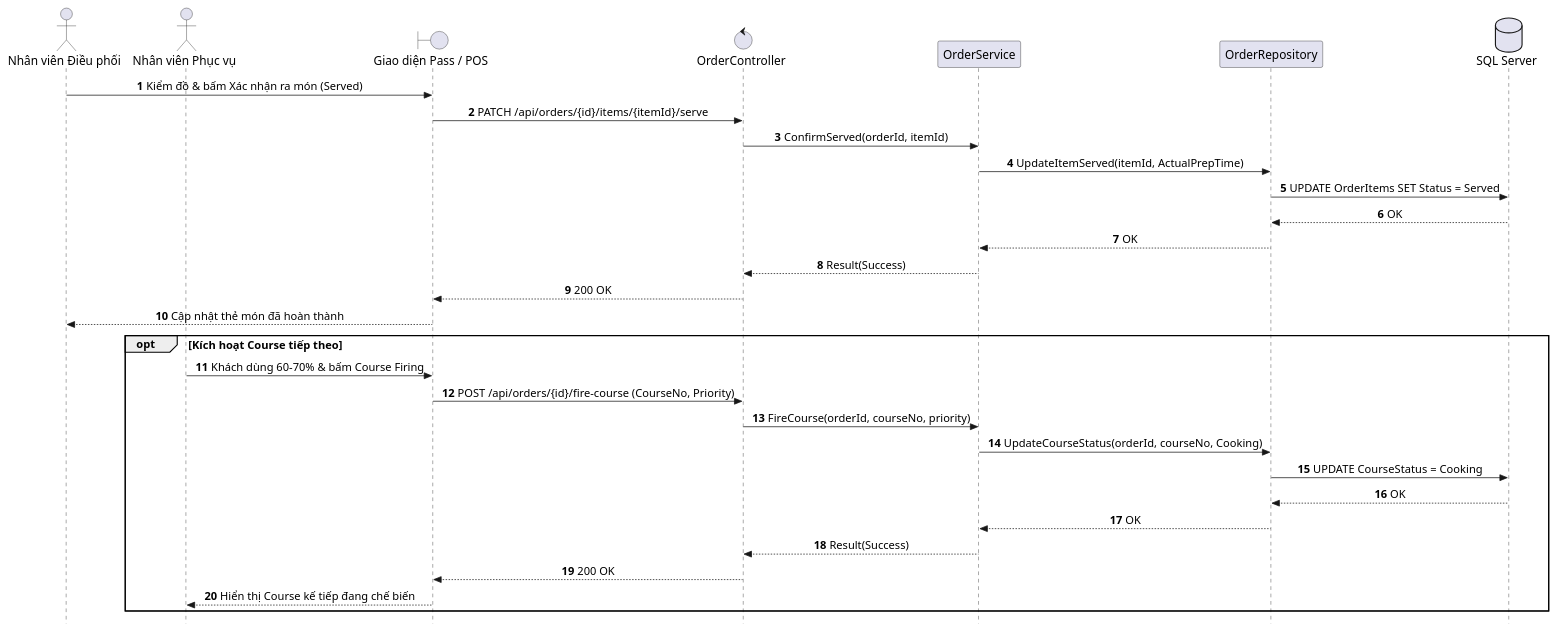
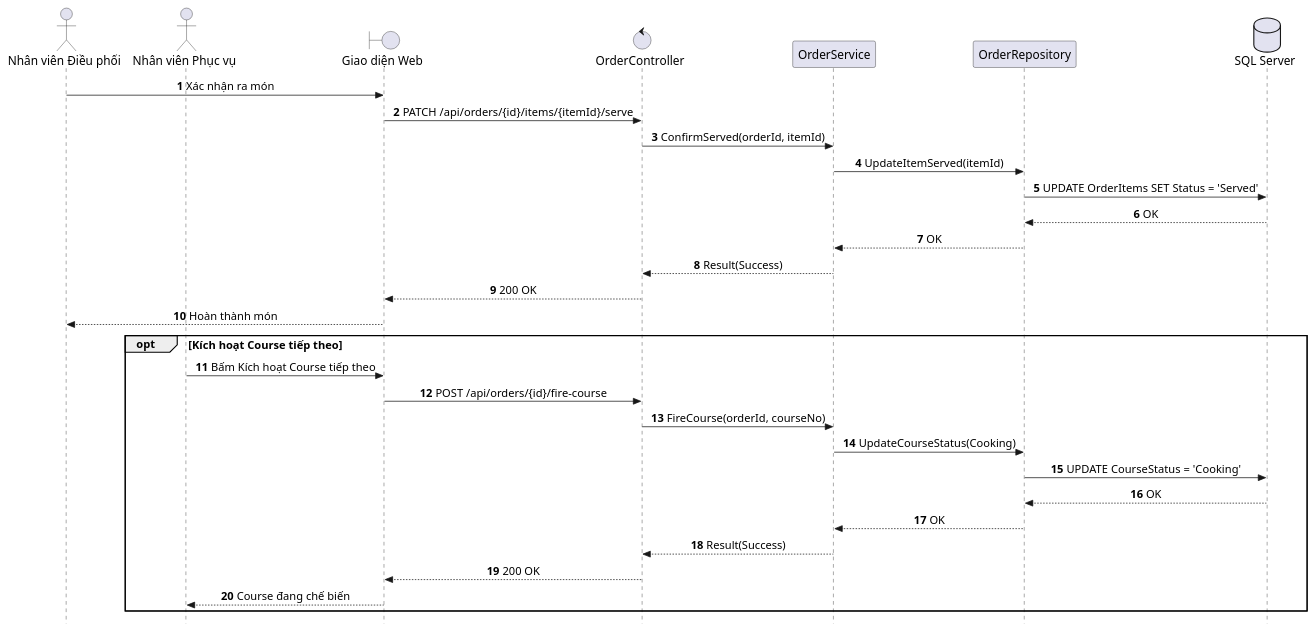
Before and after one commit to AndrewQng/VinDining: the diagram in docs/use-cases/UC-E2_Kiem_Do_Pass_Va_Ra_Mon.md, drawn with PlantUML. The commit also changed other lines of this file and 87 other files, not shown here.

Commit message:
docs: add phase 1 use case specifications, sequence diagrams, and architecture diagrams

````diff
--- a/docs/use-cases/UC-E2_Kiem_Do_Pass_Va_Ra_Mon.md
+++ b/docs/use-cases/UC-E2_Kiem_Do_Pass_Va_Ra_Mon.md
@@ -1,47 +27,47 @@
 ```plantuml
 @startuml SD_UC_E2_Expediter_Serve_CourseFiring
 autonumber
 skinparam style strictuml
 skinparam sequenceMessageAlign center
 skinparam responseMessageBelowArrow true
 skinparam defaultFontName "Segoe UI", Arial, sans-serif
 skinparam defaultFontSize 16
 skinparam sequenceActorFontSize 16
 skinparam sequenceParticipantFontSize 16
 skinparam sequenceArrowFontSize 15
 skinparam sequenceGroupFontSize 15
 skinparam sequenceGroupHeaderFontSize 15
 
 actor "Nhân viên Điều phối" as Expediter
 actor "Nhân viên Phục vụ" as Waitstaff
-boundary "Giao diện Pass / POS" as UI
+boundary "Giao diện Web" as UI
 control "OrderController" as Controller
 participant "OrderService" as Service
 participant "OrderRepository" as Repo
 database "SQL Server" as DB
 
-Expediter -> UI: Kiểm đồ & bấm Xác nhận ra món (Served)
+Expediter -> UI: Xác nhận ra món
 UI -> Controller: PATCH /api/orders/{id}/items/{itemId}/serve
 Controller -> Service: ConfirmServed(orderId, itemId)
-Service -> Repo: UpdateItemServed(itemId, ActualPrepTime)
-Repo -> DB: UPDATE OrderItems SET Status = Served
+Service -> Repo: UpdateItemServed(itemId)
+Repo -> DB: UPDATE OrderItems SET Status = 'Served'
 DB --> Repo: OK
 Repo --> Service: OK
 Service --> Controller: Result(Success)
 Controller --> UI: 200 OK
-UI --> Expediter: Cập nhật thẻ món đã hoàn thành
+UI --> Expediter: Hoàn thành món
 
 opt Kích hoạt Course tiếp theo
-    Waitstaff -> UI: Khách dùng 60-70% & bấm Course Firing
-    UI -> Controller: POST /api/orders/{id}/fire-course (CourseNo, Priority)
-    Controller -> Service: FireCourse(orderId, courseNo, priority)
-    Service -> Repo: UpdateCourseStatus(orderId, courseNo, Cooking)
-    Repo -> DB: UPDATE CourseStatus = Cooking
+    Waitstaff -> UI: Bấm Kích hoạt Course tiếp theo
+    UI -> Controller: POST /api/orders/{id}/fire-course
+    Controller -> Service: FireCourse(orderId, courseNo)
+    Service -> Repo: UpdateCourseStatus(Cooking)
+    Repo -> DB: UPDATE CourseStatus = 'Cooking'
     DB --> Repo: OK
     Repo --> Service: OK
     Service --> Controller: Result(Success)
     Controller --> UI: 200 OK
-    UI --> Waitstaff: Hiển thị Course kế tiếp đang chế biến
+    UI --> Waitstaff: Course đang chế biến
 end
 @enduml
 ```
````
